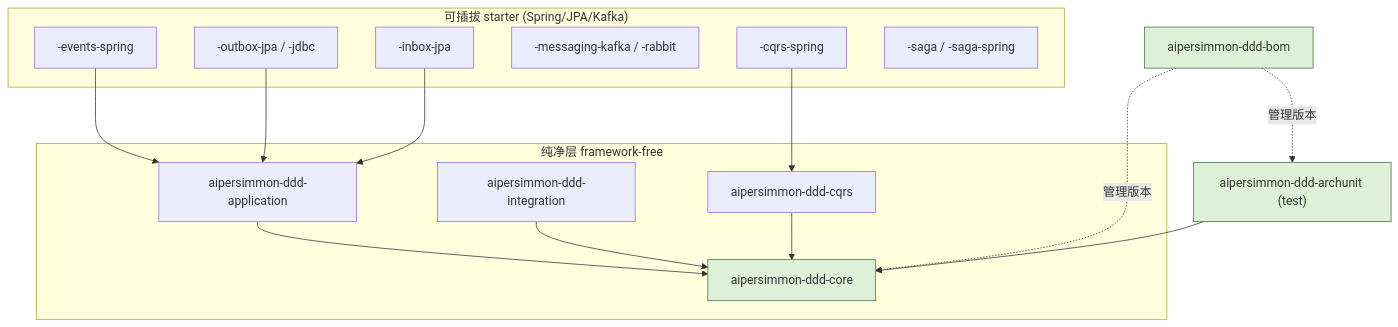
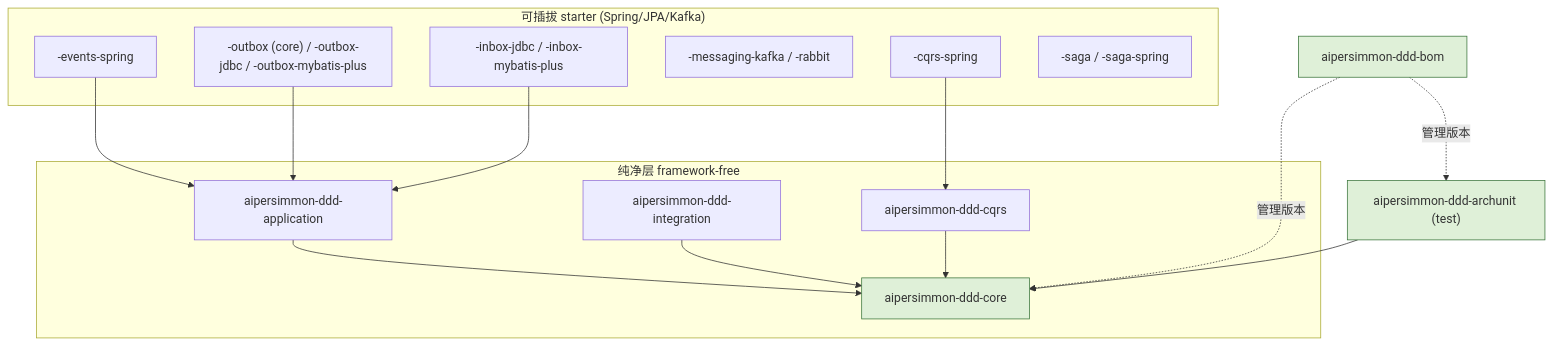
One commit to ryan-alexander-zhang/ai-native-project-template changed the first of 2 diagrams in docs/design/design-00001-aipersimmon-ddd-and-scaffold.md. Above: the diagram before and after it, drawn with Mermaid. The commit also changed other lines of this file and 59 other files, not shown here.

First line of the commit message:
feat(aipersimmon-ddd): MyBatis-Plus inbox/outbox starters + extract outbox core

````diff
--- a/docs/design/design-00001-aipersimmon-ddd-and-scaffold.md
+++ b/docs/design/design-00001-aipersimmon-ddd-and-scaffold.md
@@ -57,33 +57,33 @@
 ```mermaid
 flowchart TD
   subgraph pure["纯净层 framework-free"]
     core["aipersimmon-ddd-core"]
     app["aipersimmon-ddd-application"]
     integ["aipersimmon-ddd-integration"]
     cqrs["aipersimmon-ddd-cqrs"]
   end
   subgraph starter["可插拔 starter (Spring/JPA/Kafka)"]
     events["-events-spring"]
-    outbox["-outbox-jpa / -jdbc"]
-    inbox["-inbox-jpa"]
+    outbox["-outbox (core) / -outbox-jdbc / -outbox-mybatis-plus"]
+    inbox["-inbox-jdbc / -inbox-mybatis-plus"]
     msg["-messaging-kafka / -rabbit"]
     cqrsSpring["-cqrs-spring"]
     saga["-saga / -saga-spring"]
   end
   arch["aipersimmon-ddd-archunit (test)"]
   bom["aipersimmon-ddd-bom"]
 
   app --> core
   integ --> core
   cqrs --> core
   events --> app
   outbox --> app
   inbox --> app
   cqrsSpring --> cqrs
   arch --> core
   bom -. 管理版本 .-> core
   bom -. 管理版本 .-> arch
 
   classDef p1 fill:#dff0d8,stroke:#3c763d;
   class core,arch,bom p1
 ```
````
